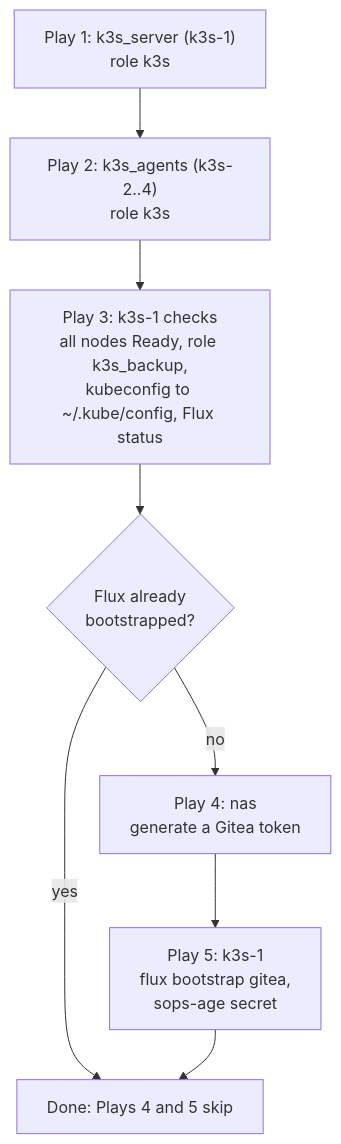
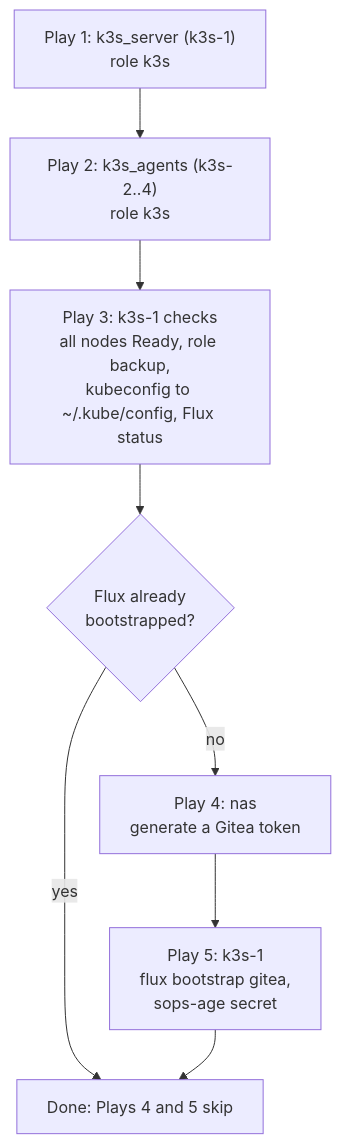
Before and after one commit to mackyruiz/homelab: the first of 8 diagrams in docs/k3s.md, drawn with Mermaid. The commit also changed other lines of this file and 34 other files, not shown here.

First line of the commit message:
Rename k3s_backup role to generic backup role, block unmanaged nas containers from the public mirror

````diff
--- a/docs/k3s.md
+++ b/docs/k3s.md
@@ -39,10 +41,10 @@
 ```mermaid
 flowchart TD
     A["Play 1: k3s_server (k3s-1)<br/>role k3s"] --> B["Play 2: k3s_agents (k3s-2..4)<br/>role k3s"]
-    B --> C["Play 3: k3s-1 checks<br/>all nodes Ready, role k3s_backup,<br/>kubeconfig to ~/.kube/config, Flux status"]
+    B --> C["Play 3: k3s-1 checks<br/>all nodes Ready, role backup,<br/>kubeconfig to ~/.kube/config, Flux status"]
     C --> D{"Flux already<br/>bootstrapped?"}
     D -- no --> E["Play 4: nas<br/>generate a Gitea token"]
     E --> F["Play 5: k3s-1<br/>flux bootstrap gitea,<br/>sops-age secret"]
     D -- yes --> G["Done: Plays 4 and 5 skip"]
     F --> G
 ```
````
